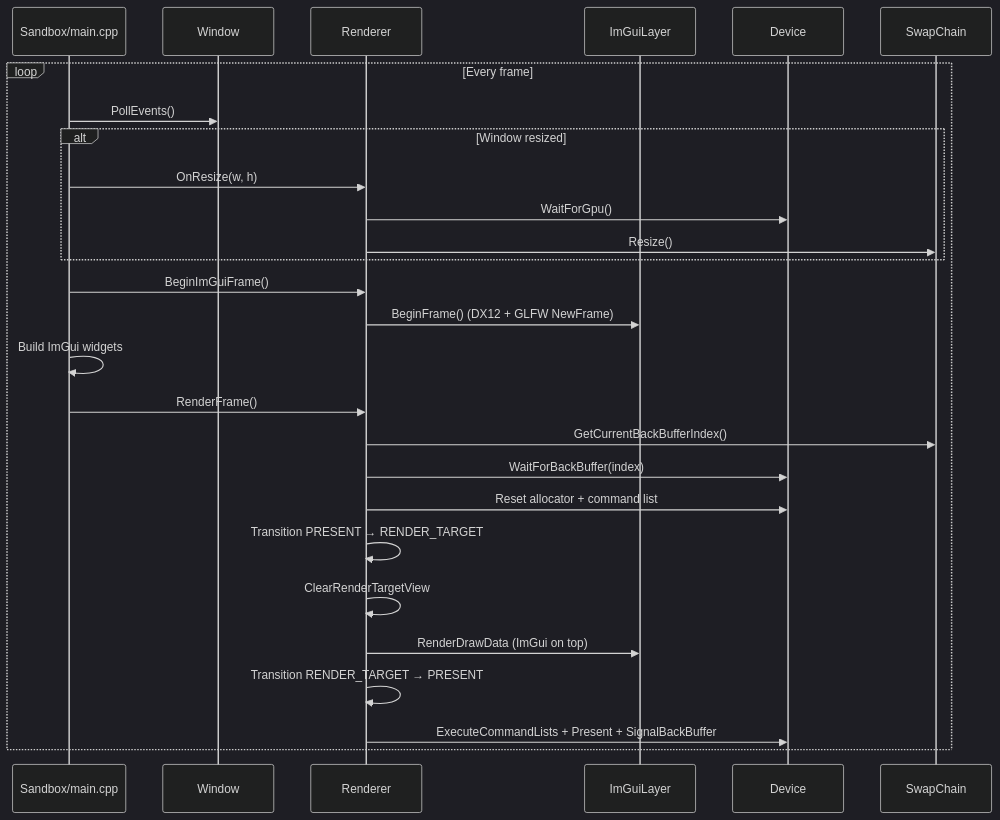
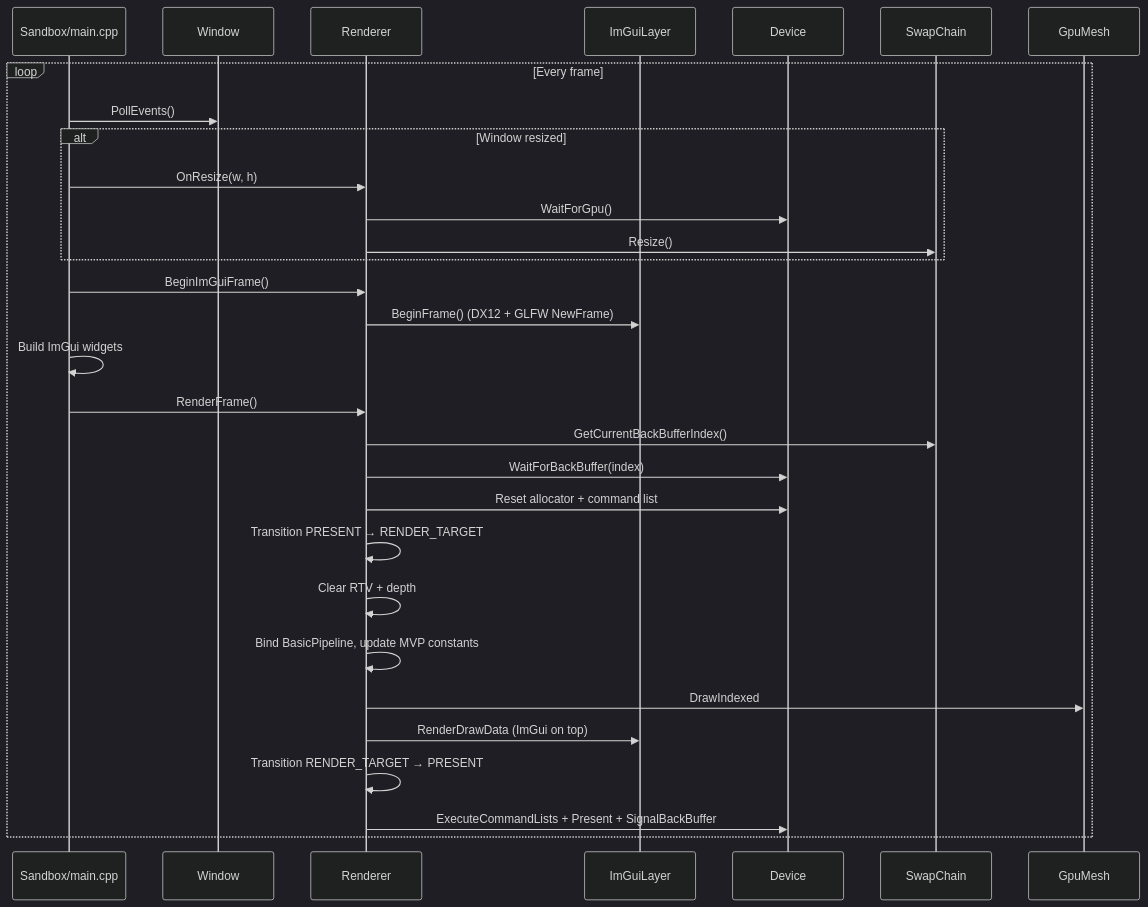
Before and after one commit to RomanovV/SummerEngine: the second of 4 diagrams in docs/ARCHITECTURE.md, drawn with Mermaid (dark theme). The commit also changed other lines of this file and 17 other files, not shown here.

First line of the commit message:
Add GPU mesh rendering with DXC shaders and depth buffer (Step 7).

````diff
--- a/docs/ARCHITECTURE.md
+++ b/docs/ARCHITECTURE.md
@@ -130,32 +133,34 @@
 ```mermaid
 sequenceDiagram
     participant Main as Sandbox/main.cpp
     participant Win as Window
     participant Rnd as Renderer
     participant UI as ImGuiLayer
     participant Dev as Device
     participant SC as SwapChain
 
     loop Every frame
         Main->>Win: PollEvents()
         alt Window resized
             Main->>Rnd: OnResize(w, h)
             Rnd->>Dev: WaitForGpu()
             Rnd->>SC: Resize()
         end
 
         Main->>Rnd: BeginImGuiFrame()
         Rnd->>UI: BeginFrame() (DX12 + GLFW NewFrame)
         Main->>Main: Build ImGui widgets
 
         Main->>Rnd: RenderFrame()
         Rnd->>SC: GetCurrentBackBufferIndex()
         Rnd->>Dev: WaitForBackBuffer(index)
         Rnd->>Dev: Reset allocator + command list
         Rnd->>Rnd: Transition PRESENT → RENDER_TARGET
-        Rnd->>Rnd: ClearRenderTargetView
+        Rnd->>Rnd: Clear RTV + depth
+        Rnd->>Rnd: Bind BasicPipeline, update MVP constants
+        Rnd->>GpuMesh: DrawIndexed
         Rnd->>UI: RenderDrawData (ImGui on top)
         Rnd->>Rnd: Transition RENDER_TARGET → PRESENT
         Rnd->>Dev: ExecuteCommandLists + Present + SignalBackBuffer
     end
 ```
````
